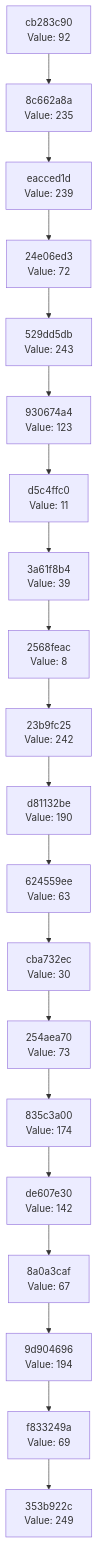
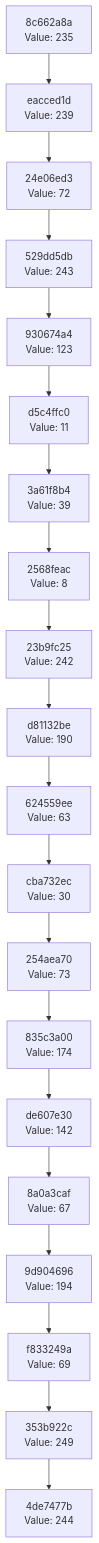
The diagram in docs/CHAIN_VISUALIZATION.md (Abhisheksinha1506/hash-chain-evolver), drawn with Mermaid before and after one commit. The commit also changed 3 other files, not shown here.

````diff
--- a/docs/CHAIN_VISUALIZATION.md
+++ b/docs/CHAIN_VISUALIZATION.md
@@ -3,42 +3,42 @@
 ```mermaid
 graph TD
-    C0["353b922c<br/>Value: 249"]
-    C1["f833249a<br/>Value: 69"]
+    C0["4de7477b<br/>Value: 244"]
+    C1["353b922c<br/>Value: 249"]
     C1 --> C0
-    C2["9d904696<br/>Value: 194"]
+    C2["f833249a<br/>Value: 69"]
     C2 --> C1
-    C3["8a0a3caf<br/>Value: 67"]
+    C3["9d904696<br/>Value: 194"]
     C3 --> C2
-    C4["de607e30<br/>Value: 142"]
+    C4["8a0a3caf<br/>Value: 67"]
     C4 --> C3
-    C5["835c3a00<br/>Value: 174"]
+    C5["de607e30<br/>Value: 142"]
     C5 --> C4
-    C6["254aea70<br/>Value: 73"]
+    C6["835c3a00<br/>Value: 174"]
     C6 --> C5
-    C7["cba732ec<br/>Value: 30"]
+    C7["254aea70<br/>Value: 73"]
     C7 --> C6
-    C8["624559ee<br/>Value: 63"]
+    C8["cba732ec<br/>Value: 30"]
     C8 --> C7
-    C9["d81132be<br/>Value: 190"]
+    C9["624559ee<br/>Value: 63"]
     C9 --> C8
-    C10["23b9fc25<br/>Value: 242"]
+    C10["d81132be<br/>Value: 190"]
     C10 --> C9
-    C11["2568feac<br/>Value: 8"]
+    C11["23b9fc25<br/>Value: 242"]
     C11 --> C10
-    C12["3a61f8b4<br/>Value: 39"]
+    C12["2568feac<br/>Value: 8"]
     C12 --> C11
-    C13["d5c4ffc0<br/>Value: 11"]
+    C13["3a61f8b4<br/>Value: 39"]
     C13 --> C12
-    C14["930674a4<br/>Value: 123"]
+    C14["d5c4ffc0<br/>Value: 11"]
     C14 --> C13
-    C15["529dd5db<br/>Value: 243"]
+    C15["930674a4<br/>Value: 123"]
     C15 --> C14
-    C16["24e06ed3<br/>Value: 72"]
+    C16["529dd5db<br/>Value: 243"]
     C16 --> C15
-    C17["eacced1d<br/>Value: 239"]
+    C17["24e06ed3<br/>Value: 72"]
     C17 --> C16
-    C18["8c662a8a<br/>Value: 235"]
+    C18["eacced1d<br/>Value: 239"]
     C18 --> C17
-    C19["cb283c90<br/>Value: 92"]
+    C19["8c662a8a<br/>Value: 235"]
     C19 --> C18
 ```
````
